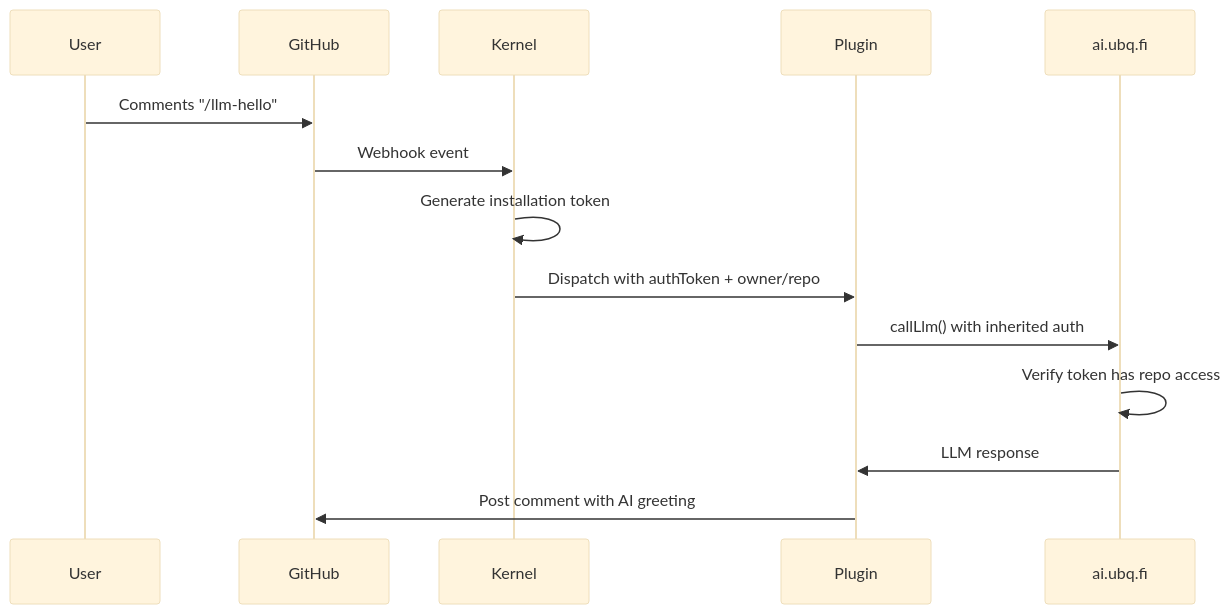
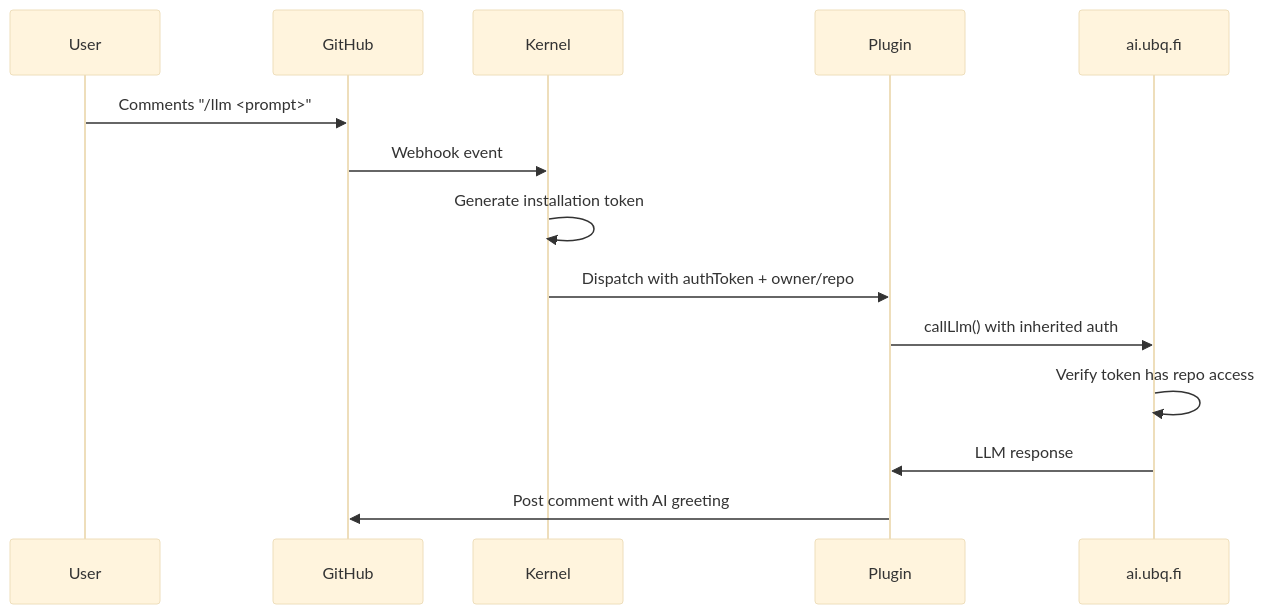
One commit to ubiquity-os/ubiquity-os-kernel changed the diagram in AGENTS.md. Above: the diagram before and after it, drawn with Mermaid (base theme). The commit also changed other lines of this file and 17 other files, not shown here.

Commit message:
feat: restructure plugin directory and add hello-world-plugin with LLM support

````diff
--- a/AGENTS.md
+++ b/AGENTS.md
@@ -276,17 +304,17 @@
 ```mermaid
 sequenceDiagram
     participant User
     participant GitHub
     participant Kernel
     participant Plugin
     participant ai.ubq.fi
 
-    User->>GitHub: Comments "/llm-hello"
+    User->>GitHub: Comments "/llm <prompt>"
     GitHub->>Kernel: Webhook event
     Kernel->>Kernel: Generate installation token
     Kernel->>Plugin: Dispatch with authToken + owner/repo
     Plugin->>ai.ubq.fi: callLlm() with inherited auth
     ai.ubq.fi->>ai.ubq.fi: Verify token has repo access
     ai.ubq.fi->>Plugin: LLM response
     Plugin->>GitHub: Post comment with AI greeting
 ```
````
